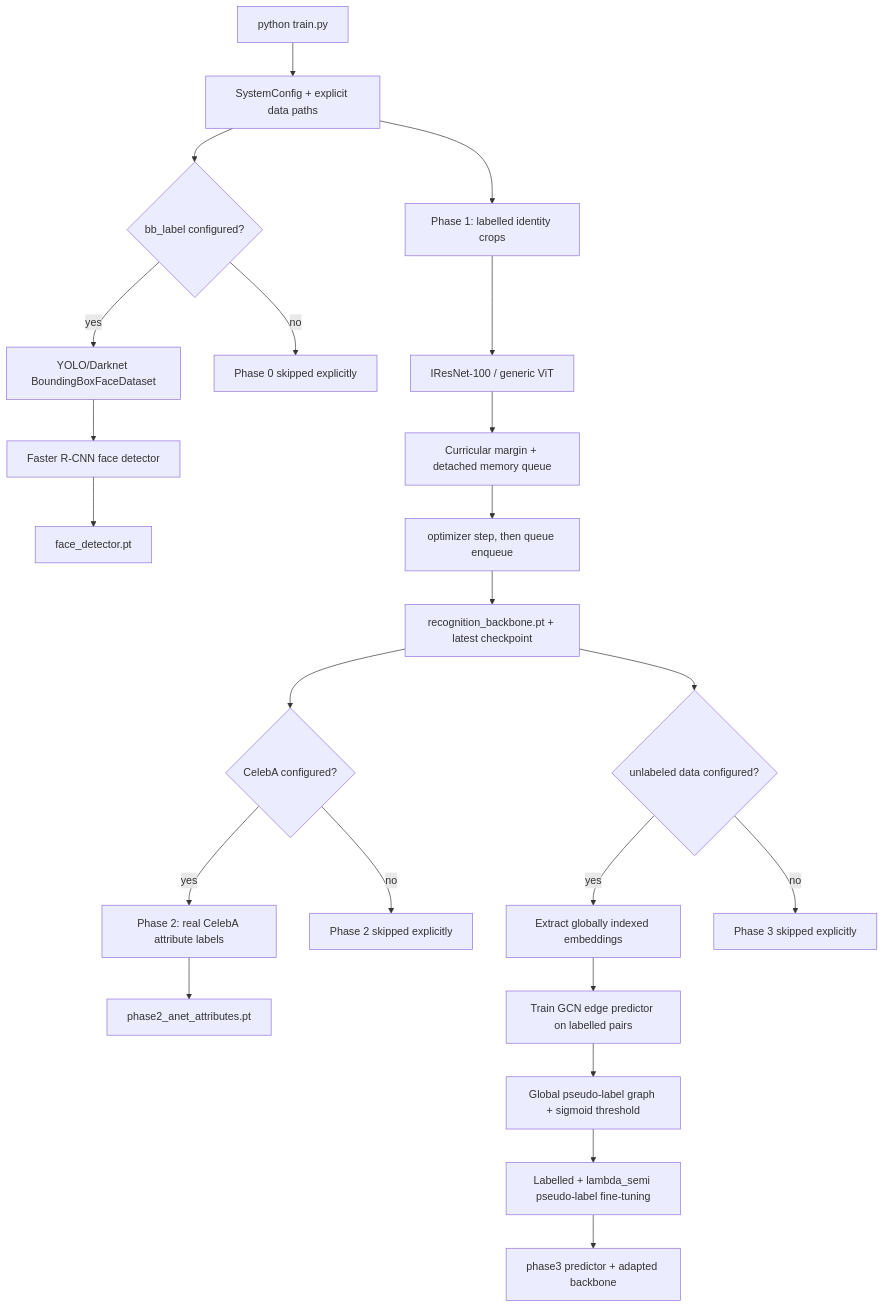
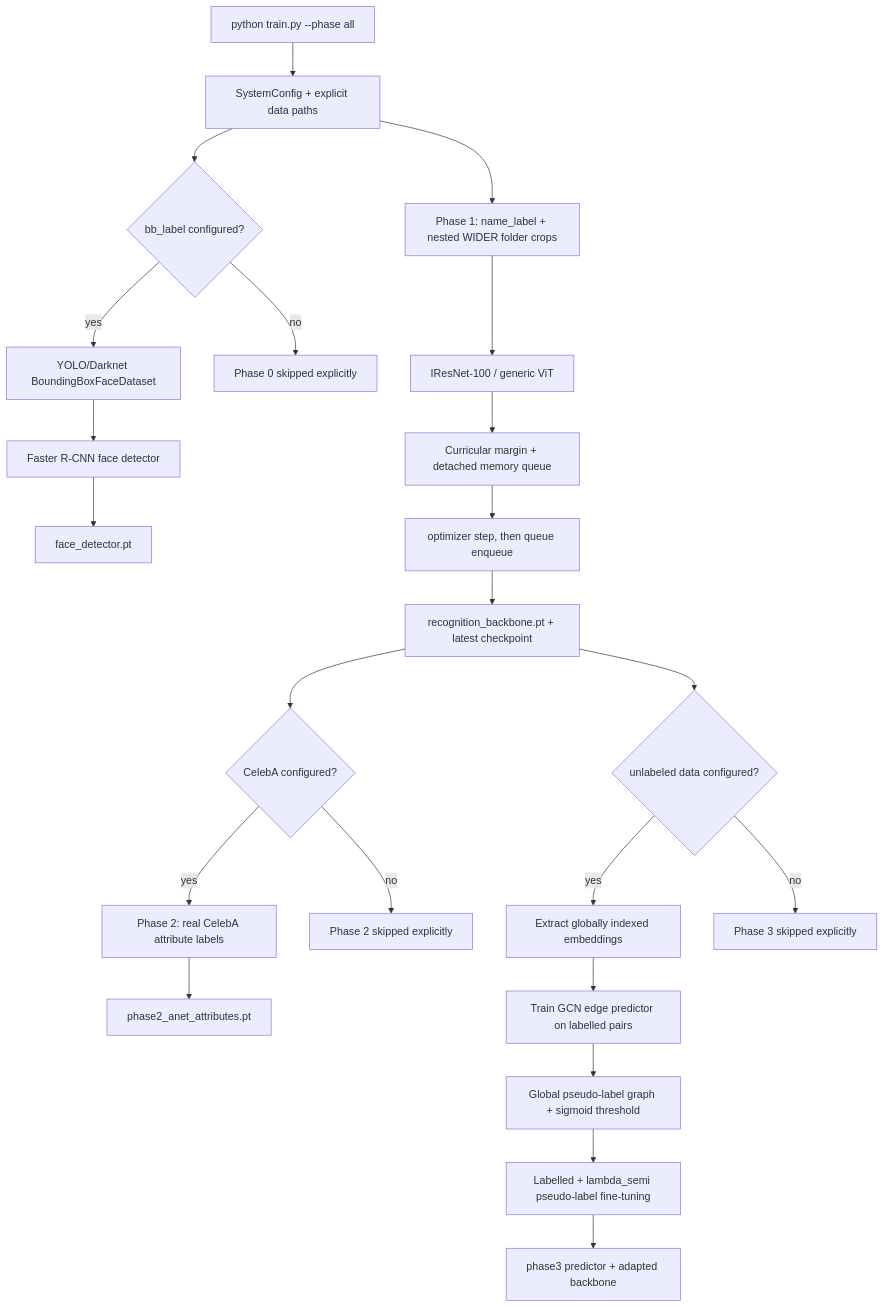
The diagram in train_execution_graph.md (akshat-1/Face-Recognition-In-Wild), drawn with Mermaid before and after one commit. The commit also changed other lines of this file and 15 other files, not shown here.

````diff
--- a/train_execution_graph.md
+++ b/train_execution_graph.md
@@ -6,27 +6,27 @@
 ```mermaid
 flowchart TD
-    Main[python train.py] --> Config[SystemConfig + explicit data paths]
+    Main[python train.py --phase all] --> Config[SystemConfig + explicit data paths]
     Config --> Phase0{bb_label configured?}
     Phase0 -- yes --> DetectorData[YOLO/Darknet BoundingBoxFaceDataset]
     DetectorData --> Detector[Faster R-CNN face detector]
     Detector --> DetectorCkpt[face_detector.pt]
     Phase0 -- no --> Skip0[Phase 0 skipped explicitly]
-    Config --> Phase1[Phase 1: labelled identity crops]
+    Config --> Phase1[Phase 1: name_label + nested WIDER folder crops]
     Phase1 --> Backbone[ IResNet-100 / generic ViT ]
     Backbone --> Loss[Curricular margin + detached memory queue]
     Loss --> Step[optimizer step, then queue enqueue]
     Step --> P1Ckpt[recognition_backbone.pt + latest checkpoint]
 
     P1Ckpt --> Phase2{CelebA configured?}
     Phase2 -- yes --> Attr[Phase 2: real CelebA attribute labels]
     Attr --> AttrCkpt[phase2_anet_attributes.pt]
     Phase2 -- no --> Skip2[Phase 2 skipped explicitly]
 
     P1Ckpt --> Phase3{unlabeled data configured?}
     Phase3 -- yes --> Emb[Extract globally indexed embeddings]
     Emb --> GCN[Train GCN edge predictor on labelled pairs]
     GCN --> Cluster[Global pseudo-label graph + sigmoid threshold]
     Cluster --> Joint[Labelled + lambda_semi pseudo-label fine-tuning]
     Joint --> P3Ckpt[phase3 predictor + adapted backbone]
     Phase3 -- no --> Skip3[Phase 3 skipped explicitly]
 ```
````
